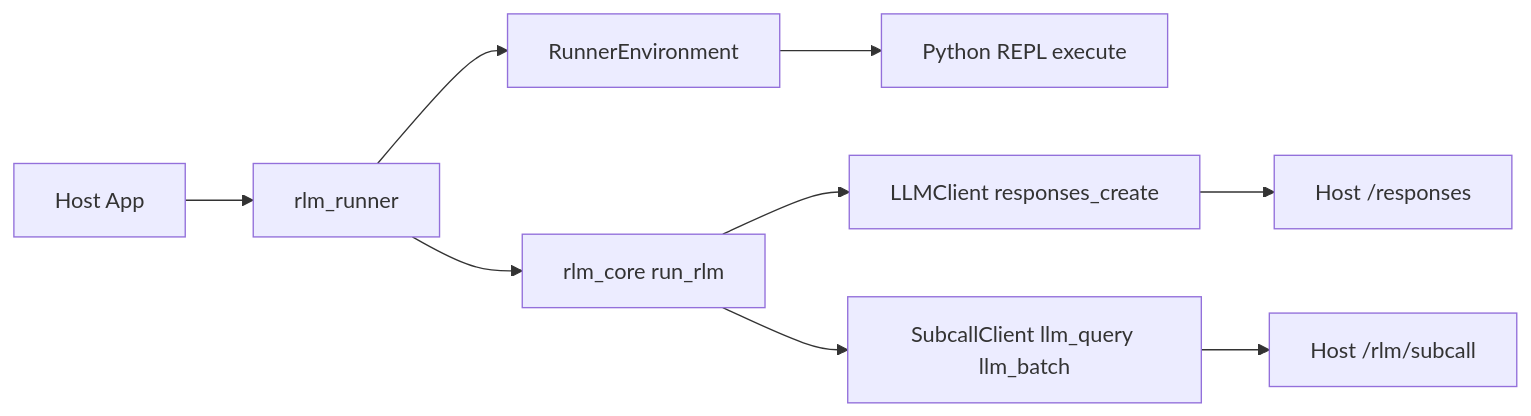
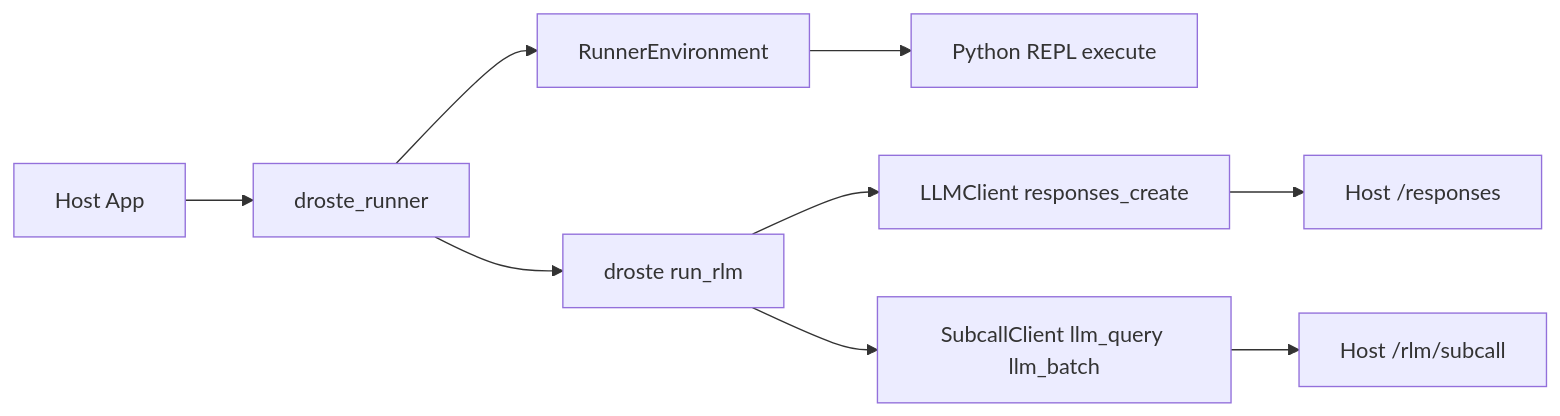
Before and after one commit to tensor-systems/droste: the diagram in README.md, drawn with Mermaid. The commit also changed other lines of this file and 56 other files, not shown here.

First line of the commit message:
rename: rlm_core → droste, rlm_runner → droste_runner (#31) (#36)

````diff
--- a/README.md
+++ b/README.md
@@ -143,13 +143,13 @@
 ```mermaid
 flowchart LR
-    Host[Host App] --> Runner[rlm_runner]
-    Runner --> Core[rlm_core run_rlm]
+    Host[Host App] --> Runner[droste_runner]
+    Runner --> Core[droste run_rlm]
     Runner --> Env[RunnerEnvironment]
     Env --> Sandbox[Python REPL execute]
 
     Core --> RootLLM[LLMClient responses_create]
     RootLLM --> Responses[Host /responses]
 
     Core --> Subcalls[SubcallClient llm_query llm_batch]
     Subcalls --> SubcallAPI[Host /rlm/subcall]
 ```
````
